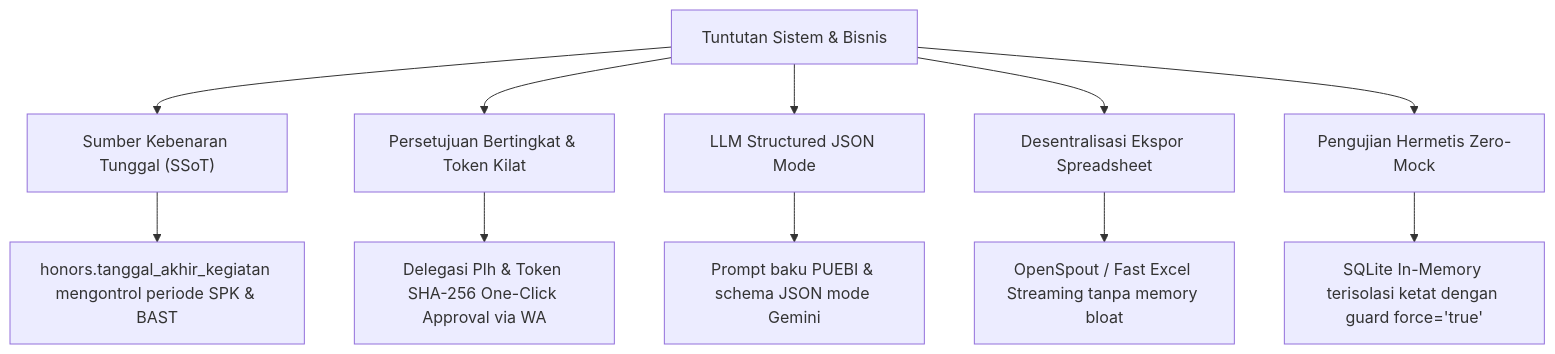
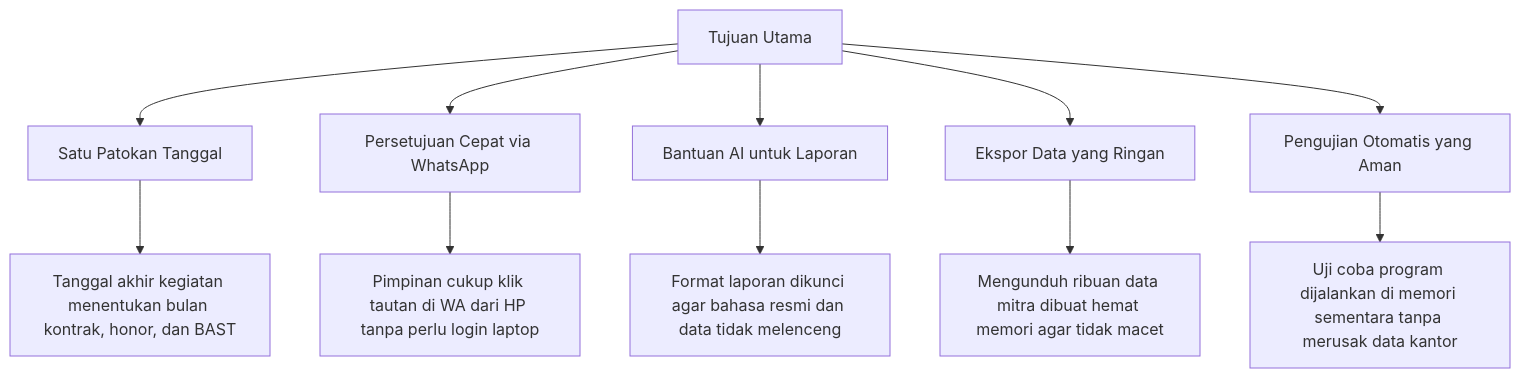
One commit to ihkaru/sipedas changed the diagram in docs/architecture/04_solution_strategy.md. Above: the diagram before and after it, drawn with Mermaid. The commit also changed other lines of this file and 11 other files, not shown here.

Commit message:
docs(arc42): rewrite enterprise architecture documentation into crystal-clear plain Indonesian without jargon

````diff
--- a/docs/architecture/04_solution_strategy.md
+++ b/docs/architecture/04_solution_strategy.md
@@ -15,14 +15,14 @@
 ```mermaid
 graph TD
-    A["Tuntutan Sistem & Bisnis"] --> B["Sumber Kebenaran Tunggal (SSoT)"]
-    A --> C["Persetujuan Bertingkat & Token Kilat"]
-    A --> D["LLM Structured JSON Mode"]
-    A --> E["Desentralisasi Ekspor Spreadsheet"]
-    A --> F["Pengujian Hermetis Zero-Mock"]
+    A["Tujuan Utama"] --> B["Satu Patokan Tanggal"]
+    A --> C["Persetujuan Cepat via WhatsApp"]
+    A --> D["Bantuan AI untuk Laporan"]
+    A --> E["Ekspor Data yang Ringan"]
+    A --> F["Pengujian Otomatis yang Aman"]
 
-    B --> B1["honors.tanggal_akhir_kegiatan mengontrol periode SPK & BAST"]
-    C --> C1["Delegasi Plh & Token SHA-256 One-Click Approval via WA"]
-    D --> D1["Prompt baku PUEBI & schema JSON mode Gemini"]
-    E --> E1["OpenSpout / Fast Excel Streaming tanpa memory bloat"]
-    F --> F1["SQLite In-Memory terisolasi ketat dengan guard force='true'"]
+    B --> B1["Tanggal akhir kegiatan menentukan bulan kontrak, honor, dan BAST"]
+    C --> C1["Pimpinan cukup klik tautan di WA dari HP tanpa perlu login laptop"]
+    D --> D1["Format laporan dikunci agar bahasa resmi dan data tidak melenceng"]
+    E --> E1["Mengunduh ribuan data mitra dibuat hemat memori agar tidak macet"]
+    F --> F1["Uji coba program dijalankan di memori sementara tanpa merusak data kantor"]
 ```
````
